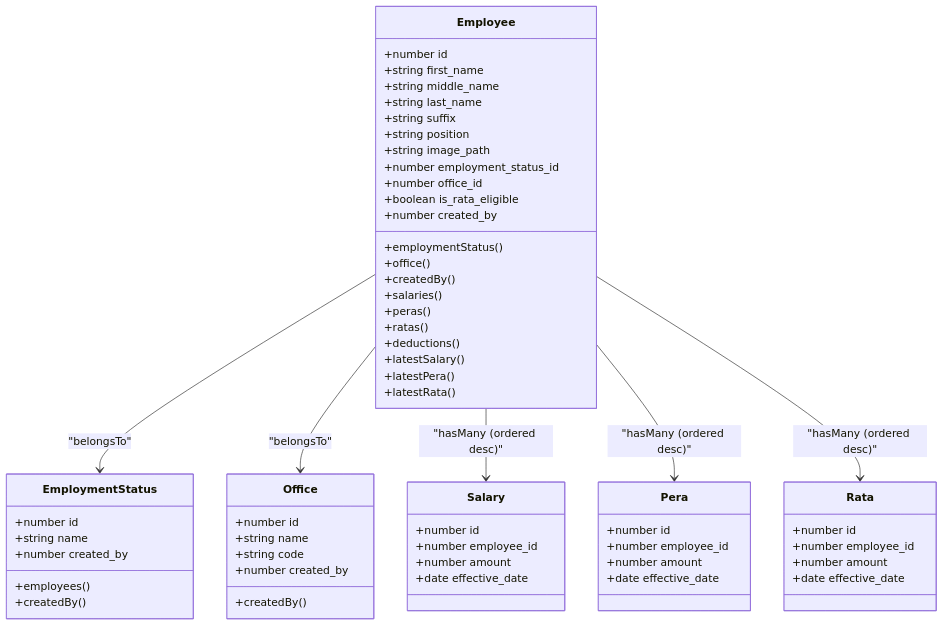
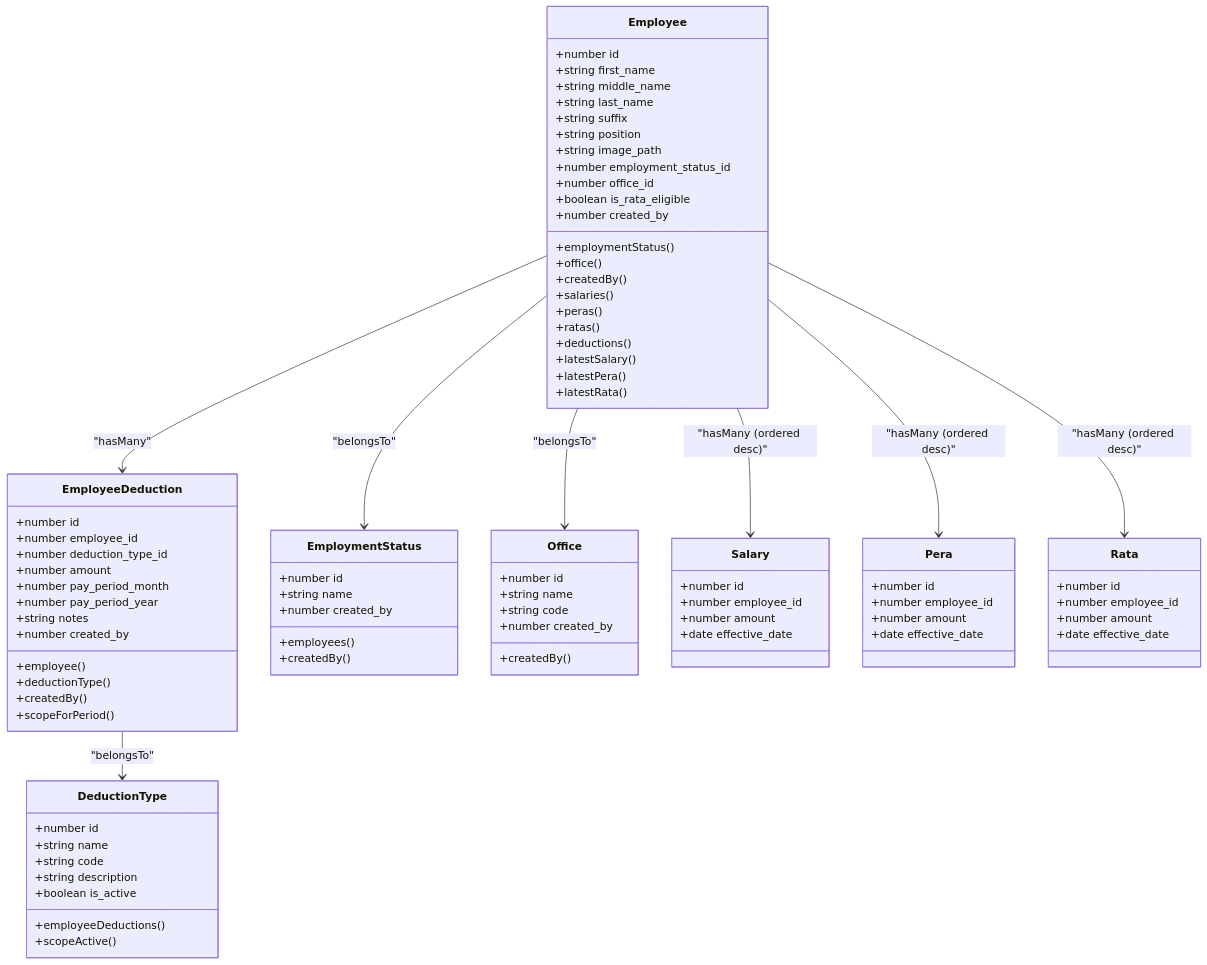
The third of 7 diagrams in .qoder/repowiki/en/content/Employee Management/Employee Management.md (vincet0t15/template), drawn with Mermaid before and after one commit. The commit also changed other lines of this file and 8 other files, not shown here.

````diff
--- a/.qoder/repowiki/en/content/Employee Management/Employee Management.md
+++ b/.qoder/repowiki/en/content/Employee Management/Employee Management.md
@@ -226,6 +238,29 @@
 +latestSalary()
 +latestPera()
 +latestRata()
+}
+class EmployeeDeduction {
++number id
++number employee_id
++number deduction_type_id
++number amount
++number pay_period_month
++number pay_period_year
++string notes
++number created_by
++employee()
++deductionType()
++createdBy()
++scopeForPeriod()
+}
+class DeductionType {
++number id
++string name
++string code
++string description
++boolean is_active
++employeeDeductions()
++scopeActive()
 }
 class EmploymentStatus {
 +number id
@@ -264,4 +299,6 @@
 Employee --> Salary : "hasMany (ordered desc)"
 Employee --> Pera : "hasMany (ordered desc)"
 Employee --> Rata : "hasMany (ordered desc)"
+Employee --> EmployeeDeduction : "hasMany"
+EmployeeDeduction --> DeductionType : "belongsTo"
 ```
````
